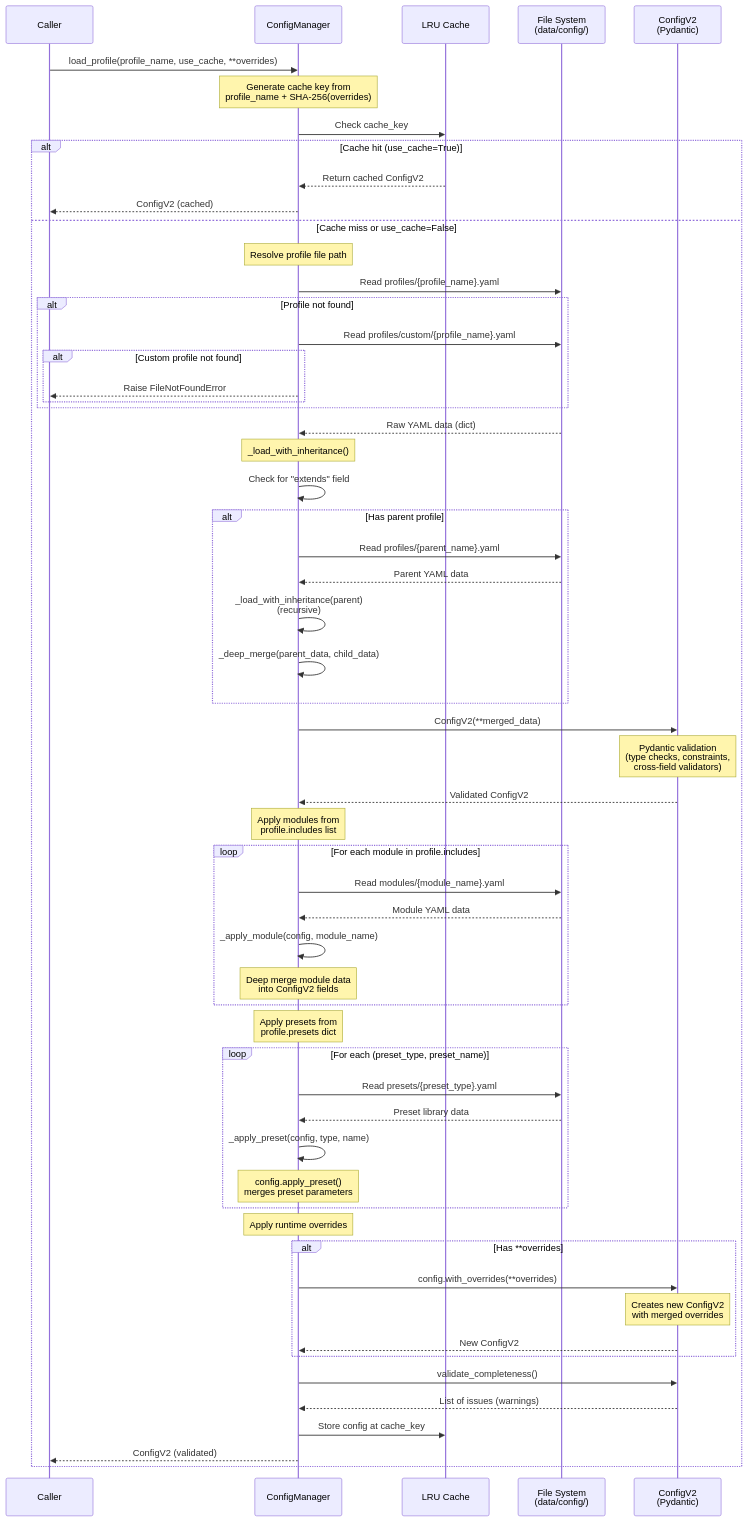
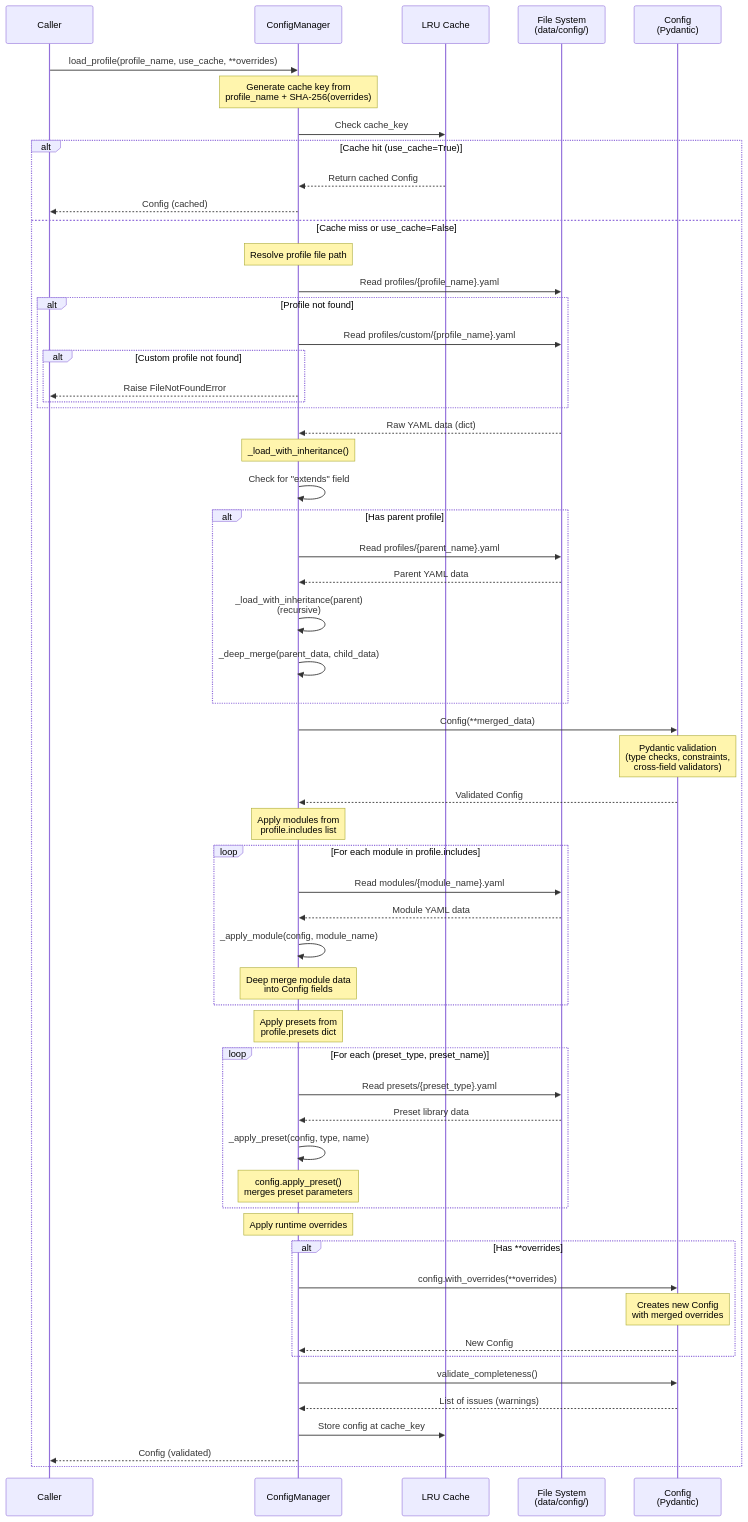
The first of 4 diagrams in ergodic_insurance/docs/architecture/configuration_flow.md (AlexFiliakov/Ergodic-Insurance-Limits), drawn with Mermaid before and after one commit. The commit also changed other lines of this file and 295 other files, not shown here.

````diff
--- a/ergodic_insurance/docs/architecture/configuration_flow.md
+++ b/ergodic_insurance/docs/architecture/configuration_flow.md
@@ -23,75 +23,75 @@
 ```{mermaid}
 sequenceDiagram
     participant Caller as Caller
     participant CM as ConfigManager
     participant Cache as LRU Cache
     participant FS as File System<br/>(data/config/)
-    participant CV2 as ConfigV2<br/>(Pydantic)
+    participant CFG as Config<br/>(Pydantic)
 
     Caller->>CM: load_profile(profile_name, use_cache, **overrides)
 
     Note over CM: Generate cache key from<br/>profile_name + SHA-256(overrides)
 
     CM->>Cache: Check cache_key
     alt Cache hit (use_cache=True)
-        Cache-->>CM: Return cached ConfigV2
-        CM-->>Caller: ConfigV2 (cached)
+        Cache-->>CM: Return cached Config
+        CM-->>Caller: Config (cached)
     else Cache miss or use_cache=False
         Note over CM: Resolve profile file path
 
         CM->>FS: Read profiles/{profile_name}.yaml
         alt Profile not found
             CM->>FS: Read profiles/custom/{profile_name}.yaml
             alt Custom profile not found
                 CM-->>Caller: Raise FileNotFoundError
             end
         end
         FS-->>CM: Raw YAML data (dict)
 
         Note over CM: _load_with_inheritance()
 
         CM->>CM: Check for "extends" field
         alt Has parent profile
             CM->>FS: Read profiles/{parent_name}.yaml
             FS-->>CM: Parent YAML data
             CM->>CM: _load_with_inheritance(parent)<br/>(recursive)
             CM->>CM: _deep_merge(parent_data, child_data)
         end
 
-        CM->>CV2: ConfigV2(**merged_data)
-        Note over CV2: Pydantic validation<br/>(type checks, constraints,<br/>cross-field validators)
-        CV2-->>CM: Validated ConfigV2
+        CM->>CFG: Config(**merged_data)
+        Note over CFG: Pydantic validation<br/>(type checks, constraints,<br/>cross-field validators)
+        CFG-->>CM: Validated Config
 
         Note over CM: Apply modules from<br/>profile.includes list
 
         loop For each module in profile.includes
             CM->>FS: Read modules/{module_name}.yaml
             FS-->>CM: Module YAML data
             CM->>CM: _apply_module(config, module_name)
-            Note over CM: Deep merge module data<br/>into ConfigV2 fields
+            Note over CM: Deep merge module data<br/>into Config fields
         end
 
         Note over CM: Apply presets from<br/>profile.presets dict
 
         loop For each (preset_type, preset_name)
             CM->>FS: Read presets/{preset_type}.yaml
             FS-->>CM: Preset library data
             CM->>CM: _apply_preset(config, type, name)
             Note over CM: config.apply_preset()<br/>merges preset parameters
         end
 
         Note over CM: Apply runtime overrides
 
         alt Has **overrides
-            CM->>CV2: config.with_overrides(**overrides)
-            Note over CV2: Creates new ConfigV2<br/>with merged overrides
-            CV2-->>CM: New ConfigV2
+            CM->>CFG: config.with_overrides(**overrides)
+            Note over CFG: Creates new Config<br/>with merged overrides
+            CFG-->>CM: New Config
         end
 
-        CM->>CV2: validate_completeness()
-        CV2-->>CM: List of issues (warnings)
+        CM->>CFG: validate_completeness()
+        CFG-->>CM: List of issues (warnings)
 
         CM->>Cache: Store config at cache_key
-        CM-->>Caller: ConfigV2 (validated)
+        CM-->>Caller: Config (validated)
     end
 ```
````
